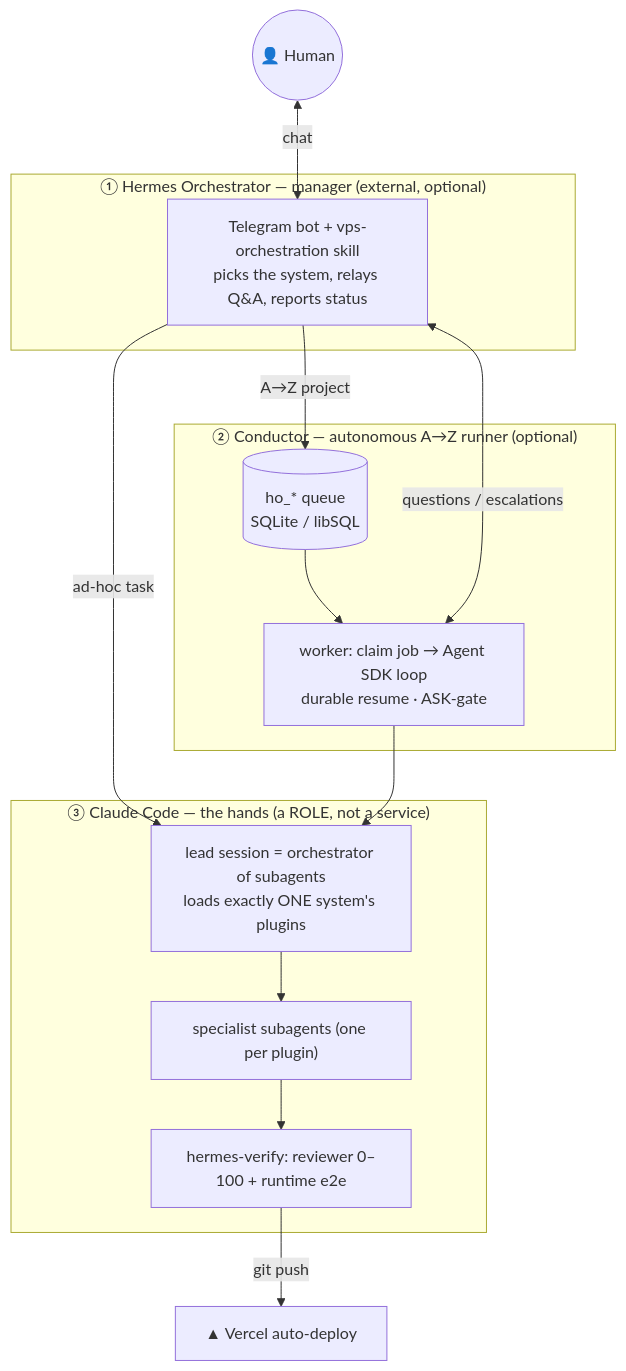
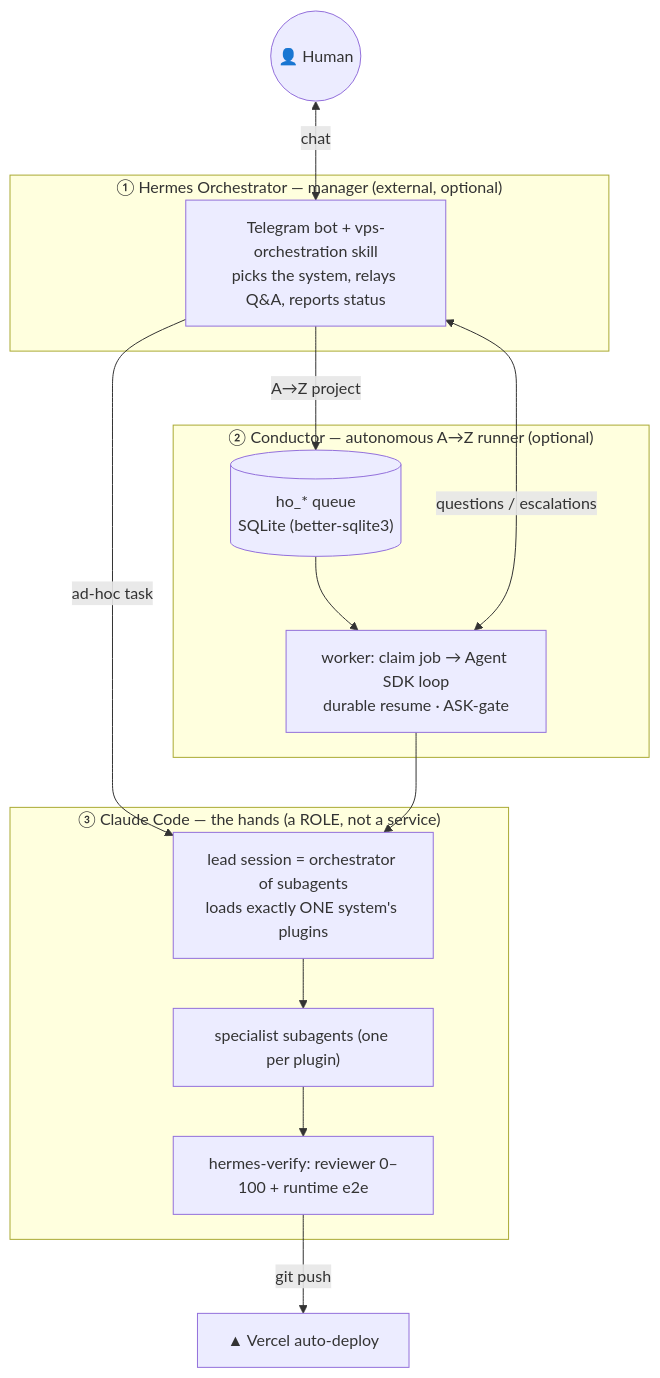
One commit to bilanvadim/3dlook-marketing changed the diagram in README.md. Above: the diagram before and after it, drawn with Mermaid. The commit also changed other lines of this file and 23 other files, not shown here.

````diff
--- a/README.md
+++ b/README.md
@@ -37,27 +37,27 @@
 ```mermaid
 flowchart TB
     H(("👤 Human"))
 
     subgraph L1["① Hermes Orchestrator — manager (external, optional)"]
       HB["Telegram bot + vps-orchestration skill<br/>picks the system, relays Q&amp;A, reports status"]
     end
 
     subgraph L2["② Conductor — autonomous A→Z runner (optional)"]
-      Q[("ho_* queue<br/>SQLite / libSQL")]
+      Q[("ho_* queue<br/>SQLite (better-sqlite3)")]
       W["worker: claim job → Agent SDK loop<br/>durable resume · ASK-gate"]
     end
 
     subgraph L3["③ Claude Code — the hands (a ROLE, not a service)"]
       LEAD["lead session = orchestrator of subagents<br/>loads exactly ONE system's plugins"]
       SUB["specialist subagents (one per plugin)"]
       VER["hermes-verify: reviewer 0–100 + runtime e2e"]
     end
 
     H <-->|chat| HB
     HB -->|ad-hoc task| LEAD
     HB -->|A→Z project| Q
     Q --> W --> LEAD
     LEAD --> SUB --> VER
     VER -->|git push| VZ["▲ Vercel auto-deploy"]
     W <-->|questions / escalations| HB
 ```
````
